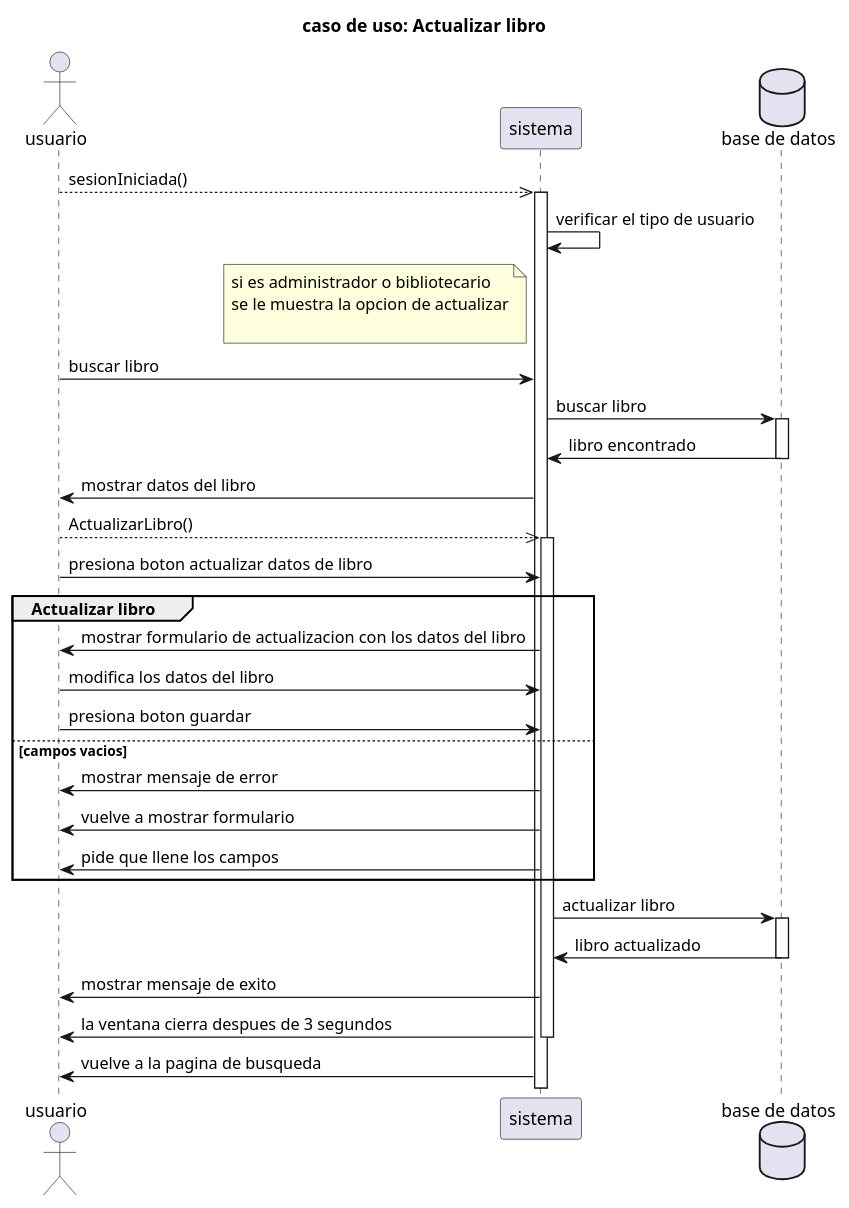
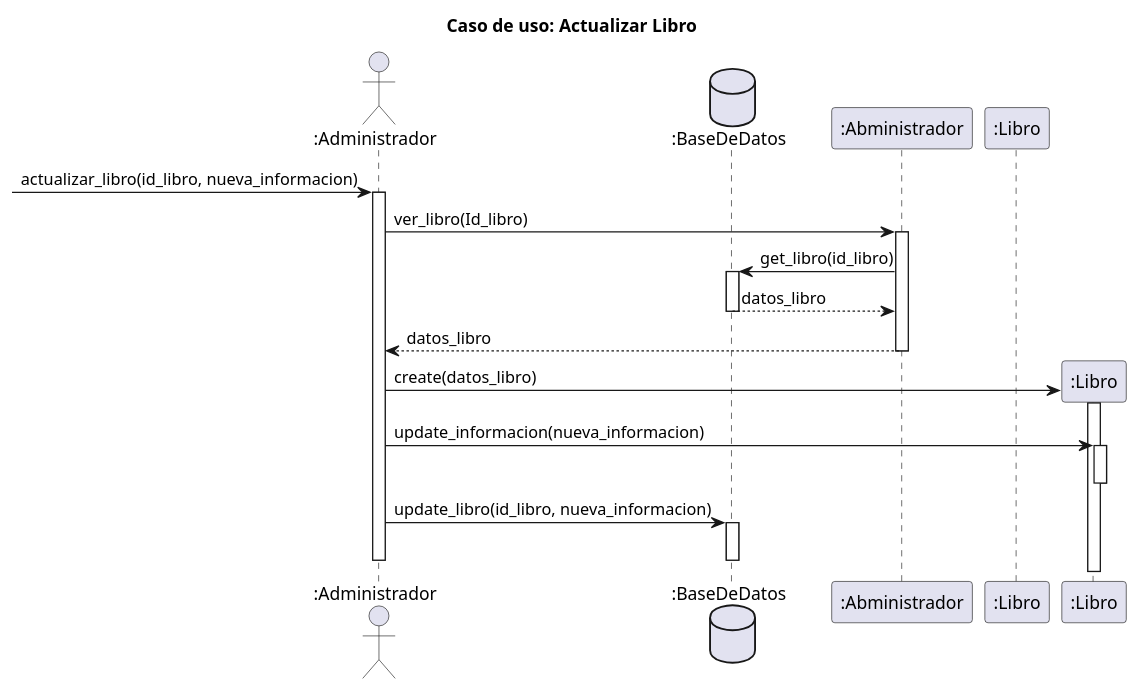
The diagram in interacion 2/Actualizar Libro.puml (RubenE107/diagramas-de-dise-o-uml), drawn with PlantUML before and after one commit. The commit also changed 1 other file, not shown here.

Commit message:
actualizar libro

```diff
--- a/interacion 2/Actualizar Libro.puml
+++ b/interacion 2/Actualizar Libro.puml
@@ -1,48 +1,87 @@
 @startuml
-title caso de uso: Actualizar libro
+' title caso de uso: Actualizar libro
 
-actor "usuario" as u
-participant "sistema" as s
-database "base de datos" as db
+' actor "usuario" as u
+' participant "sistema" as s
+' database "base de datos" as db
 
-u -->> s: sesionIniciada()
-activate s
-s->s: verificar el tipo de usuario
-note left of s
-  si es administrador o bibliotecario
-  se le muestra la opcion de actualizar
+' u -->> s: sesionIniciada()
+' activate s
+' s->s: verificar el tipo de usuario
+' note left of s
+'   si es administrador o bibliotecario
+'   se le muestra la opcion de actualizar
 
-end note
-u->s: buscar libro
-s->db: buscar libro
-activate db
-db->s: libro encontrado
-deactivate db
-s->u: mostrar datos del libro
-u-->>s: ActualizarLibro()
-activate s
-u->s: presiona boton actualizar datos de libro
+' end note
+' u->s: buscar libro
+' s->db: buscar libro
+' activate db
+' db->s: libro encontrado
+' deactivate db
+' s->u: mostrar datos del libro
+' u-->>s: ActualizarLibro()
+' activate s
+' u->s: presiona boton actualizar datos de libro
 
-group Actualizar libro
-s->u: mostrar formulario de actualizacion con los datos del libro
-u->s: modifica los datos del libro
-u->s: presiona boton guardar
-else campos vacios
-s->u: mostrar mensaje de error
-s->u: vuelve a mostrar formulario
-s->u: pide que llene los campos
+' group Actualizar libro
+' s->u: mostrar formulario de actualizacion con los datos del libro
+' u->s: modifica los datos del libro
+' u->s: presiona boton guardar
+' else campos vacios
+' s->u: mostrar mensaje de error
+' s->u: vuelve a mostrar formulario
+' s->u: pide que llene los campos
 
-end
-s->db: actualizar libro
-activate db
-db->s: libro actualizado
-deactivate db
-s->u: mostrar mensaje de exito
-u<-s: la ventana cierra despues de 3 segundos
-deactivate s
-s->u: vuelve a la pagina de busqueda
+' end
+' s->db: actualizar libro
+' activate db
+' db->s: libro actualizado
+' deactivate db
+' s->u: mostrar mensaje de exito
+' u<-s: la ventana cierra despues de 3 segundos
+' deactivate s
+' s->u: vuelve a la pagina de busqueda
 
+
+title Caso de uso: Actualizar Libro
+
+actor ":Administrador" as a
+database ":BaseDeDatos" as bd
+participant ":Abministrador" as r
+participant ":Libro" as l
+
+-> a:actualizar_libro(id_libro, nueva_informacion)
+activate a
+
+a -> r:ver_libro(Id_libro)
+activate r
+
+r -> bd:get_libro(id_libro)
+activate bd
+
+bd --> r:datos_libro
+deactivate bd
+
+r --> a:datos_libro
+deactivate r
+
+create ":Libro" as libro
+a -> libro:create(datos_libro)
+activate libro
+
+a -> libro:update_informacion(nueva_informacion)
+activate libro
+
+
+deactivate libro
+
+a -> bd:update_libro(id_libro, nueva_informacion)
+activate bd
+
+deactivate bd
+
+deactivate a
 
 
 
 @enduml
```
